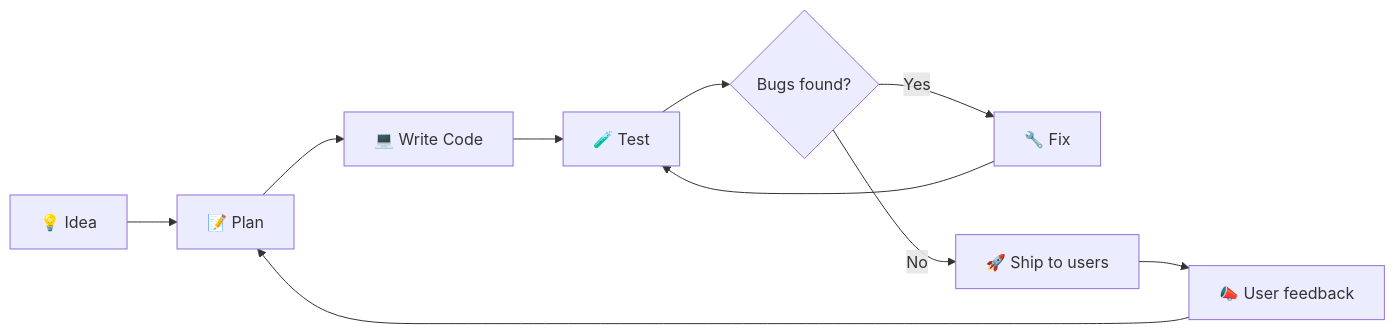
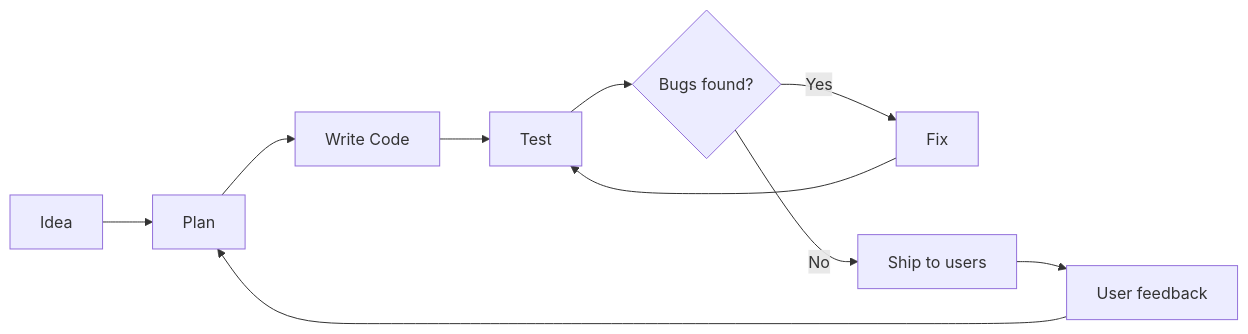
The first of 6 diagrams in learning/03-general-software-development.md (wongjinar-ai/expample), drawn with Mermaid before and after one commit. The commit also changed other lines of this file and 24 other files, not shown here.

````diff
--- a/learning/03-general-software-development.md
+++ b/learning/03-general-software-development.md
@@ -7,12 +7,12 @@
 ```mermaid
 flowchart LR
-    Idea["💡 Idea"] --> Plan["📝 Plan"]
-    Plan --> Code["💻 Write Code"]
-    Code --> Test["🧪 Test"]
+    Idea[Idea] --> Plan[Plan]
+    Plan --> Code[Write Code]
+    Code --> Test[Test]
     Test --> Bug{Bugs found?}
-    Bug -->|Yes| Fix["🔧 Fix"]
+    Bug -->|Yes| Fix[Fix]
     Fix --> Test
-    Bug -->|No| Ship["🚀 Ship to users"]
-    Ship --> Feedback["📣 User feedback"]
+    Bug -->|No| Ship[Ship to users]
+    Ship --> Feedback[User feedback]
     Feedback --> Plan
 ```
````
